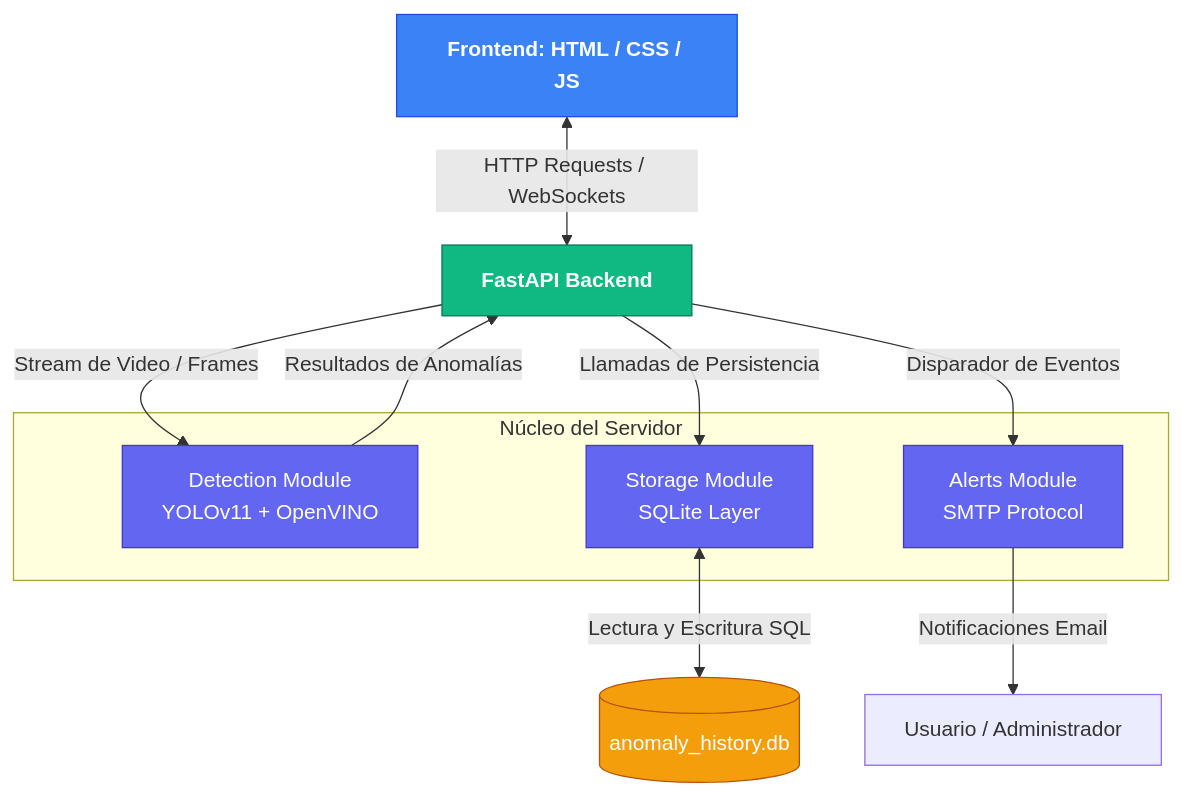
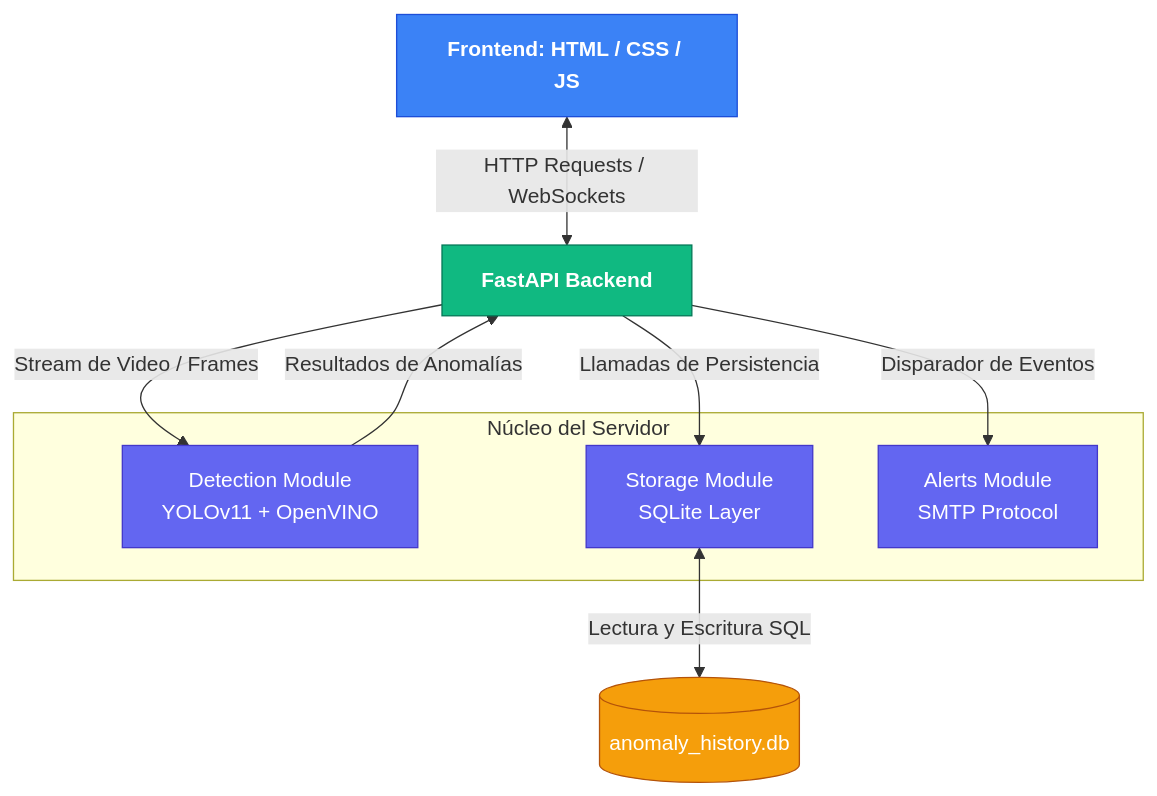
The diagram in README.md (Sibahia/Iris-System-Detector-IA), drawn with Mermaid before and after one commit.

Commit message:
docs: actualización de documentaciones

````diff
--- a/README.md
+++ b/README.md
@@ -8,30 +8,29 @@
 ```mermaid
 graph TD
     %% Estilos globales
     classDef frontend fill:#3b82f6,stroke:#1d4ed8,color:#fff,font-weight:bold;
     classDef backend fill:#10b981,stroke:#047857,color:#fff,font-weight:bold;
     classDef module fill:#6366f1,stroke:#4338ca,color:#fff;
     classDef storage fill:#f59e0b,stroke:#b45309,color:#fff;
 
     %% Nodos de la Arquitectura
     UI[Frontend: HTML / CSS / JS]:::frontend
     API[FastAPI Backend]:::backend
     
     subgraph Módulos Internos [Núcleo del Servidor]
         DET[Detection Module<br>YOLOv11 + OpenVINO]:::module
         DB_MOD[Storage Module<br>SQLite Layer]:::module
         ALT[Alerts Module<br>SMTP Protocol]:::module
     end
     
     DB[(anomaly_history.db)]:::storage
 
     %% Flujos de datos y conexiones
     UI <-->|HTTP Requests / WebSockets| API
     API -->|Stream de Video / Frames| DET
     API -->|Llamadas de Persistencia| DB_MOD
     API -->|Disparador de Eventos| ALT
     
     DET -->|Resultados de Anomalías| API
     DB_MOD <-->|Lectura y Escritura SQL| DB
-    ALT -->|Notificaciones Email| Correo[Usuario / Administrador]
 ```
````
